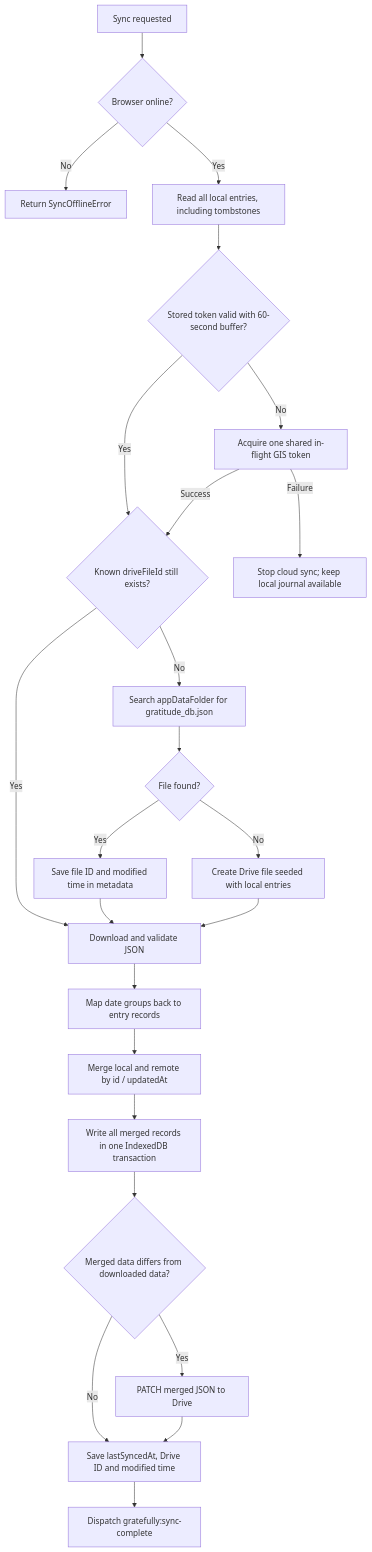
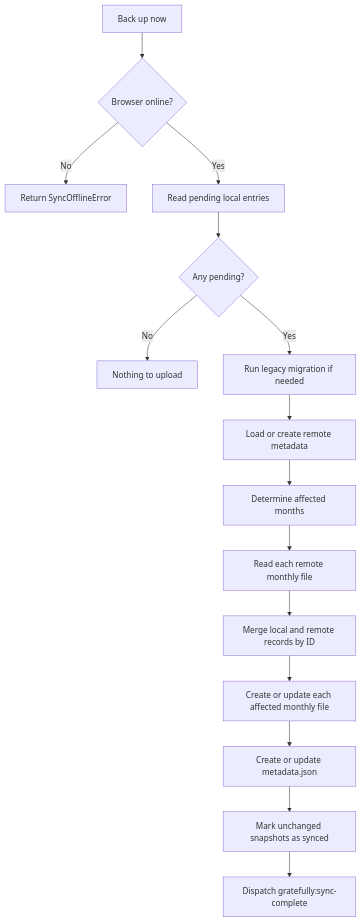
One commit to abdlrahman-l/gratefully changed the third of 3 diagrams in docs/LEARNING_GUIDE.md. Above: the diagram before and after it, drawn with Mermaid. The commit also changed other lines of this file and 11 other files, not shown here.

Commit message:
refactor to new architecture

````diff
--- a/docs/LEARNING_GUIDE.md
+++ b/docs/LEARNING_GUIDE.md
@@ -322,26 +232,17 @@
 ```mermaid
 flowchart TD
-    Start[Sync requested] --> Online{Browser online?}
+    Start[Back up now] --> Online{Browser online?}
     Online -- No --> Offline[Return SyncOfflineError]
-    Online -- Yes --> ReadLocal[Read all local entries, including tombstones]
-    ReadLocal --> Token{Stored token valid with 60-second buffer?}
-    Token -- No --> GIS[Acquire one shared in-flight GIS token]
-    Token -- Yes --> File{Known driveFileId still exists?}
-    GIS -- Success --> File
-    GIS -- Failure --> Disconnected[Stop cloud sync; keep local journal available]
-    File -- Yes --> Download
-    File -- No --> Search[Search appDataFolder for gratitude_db.json]
-    Search --> Found{File found?}
-    Found -- Yes --> SaveId[Save file ID and modified time in metadata]
-    SaveId --> Download[Download and validate JSON]
-    Found -- No --> Create[Create Drive file seeded with local entries]
-    Create --> Download
-    Download --> Parse[Map date groups back to entry records]
-    Parse --> Merge[Merge local and remote by id / updatedAt]
-    Merge --> LocalWrite[Write all merged records in one IndexedDB transaction]
-    LocalWrite --> Compare{Merged data differs from downloaded data?}
-    Compare -- Yes --> Upload[PATCH merged JSON to Drive]
-    Compare -- No --> Metadata
-    Upload --> Metadata[Save lastSyncedAt, Drive ID and modified time]
-    Metadata --> Done[Dispatch gratefully:sync-complete]
+    Online -- Yes --> Pending[Read pending local entries]
+    Pending --> Any{Any pending?}
+    Any -- No --> Done[Nothing to upload]
+    Any -- Yes --> Legacy[Run legacy migration if needed]
+    Legacy --> Index[Load or create remote metadata]
+    Index --> Months[Determine affected months]
+    Months --> Remote[Read each remote monthly file]
+    Remote --> Merge[Merge local and remote records by ID]
+    Merge --> WriteMonth[Create or update each affected monthly file]
+    WriteMonth --> WriteIndex[Create or update metadata.json]
+    WriteIndex --> Acknowledge[Mark unchanged snapshots as synced]
+    Acknowledge --> Event[Dispatch gratefully:sync-complete]
 ```
````
